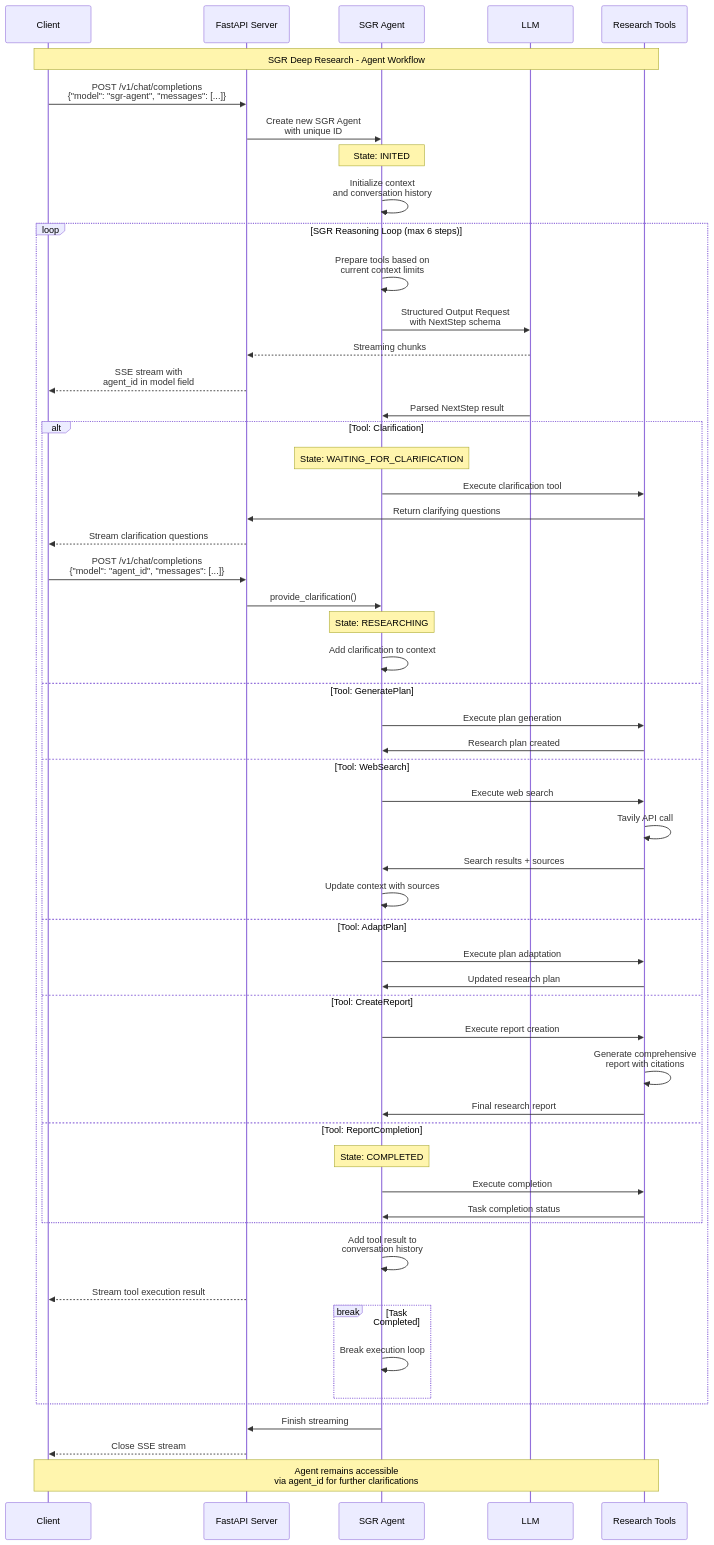
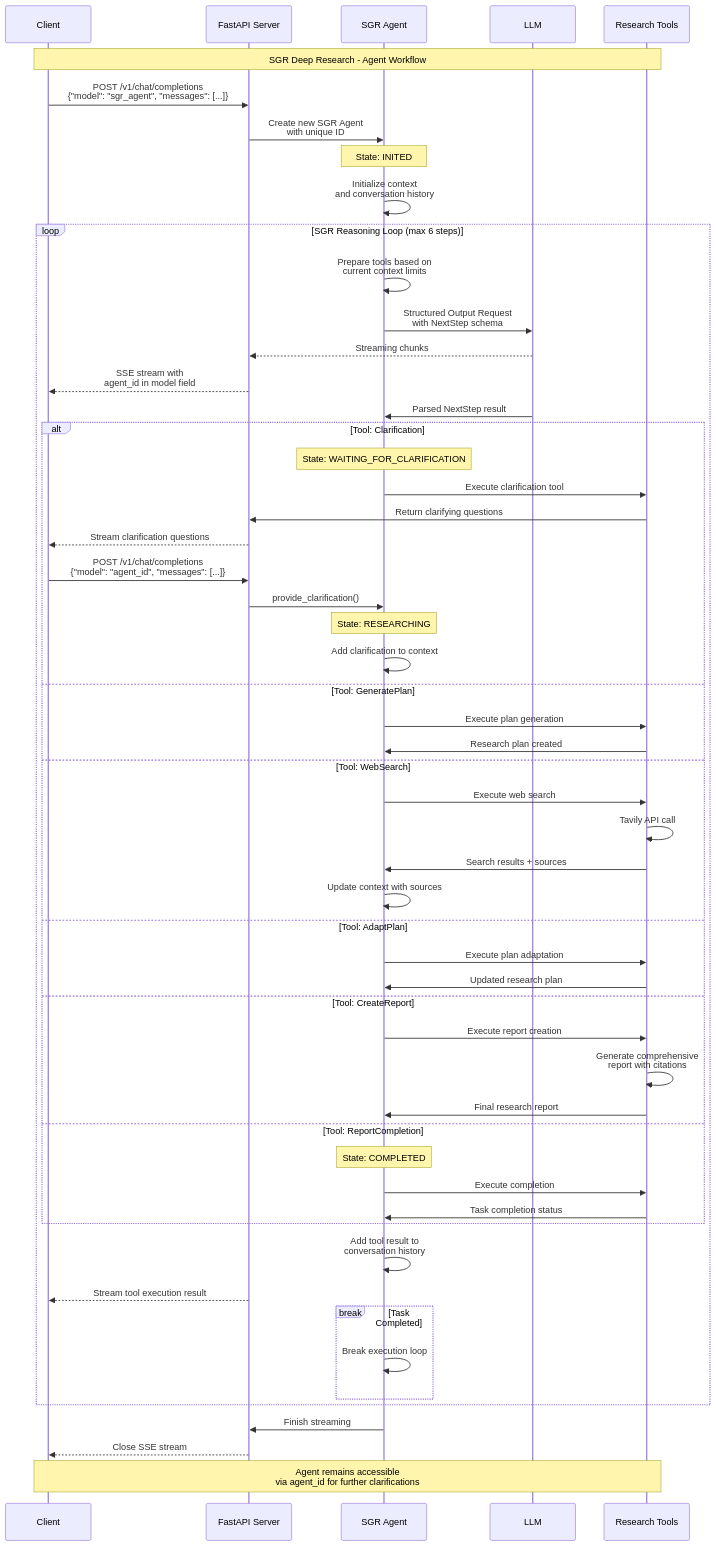
The diagram in docs/vakovalskii-sgr-deep-research.md (saurav-z/repo-docs), drawn with Mermaid before and after one commit. The commit also changed other lines of this file and 211 other files, not shown here.

````diff
--- a/docs/vakovalskii-sgr-deep-research.md
+++ b/docs/vakovalskii-sgr-deep-research.md
@@ -302,75 +302,75 @@
 ```mermaid
 sequenceDiagram
     participant Client
     participant API as FastAPI Server
     participant Agent as SGR Agent
     participant LLM as LLM
     participant Tools as Research Tools
 
     Note over Client, Tools: SGR Deep Research - Agent Workflow
 
-    Client->>API: POST /v1/chat/completions<br/>{"model": "sgr-agent", "messages": [...]}
+    Client->>API: POST /v1/chat/completions<br/>{"model": "sgr_agent", "messages": [...]}
 
     API->>Agent: Create new SGR Agent<br/>with unique ID
     Note over Agent: State: INITED
 
     Agent->>Agent: Initialize context<br/>and conversation history
 
     loop SGR Reasoning Loop (max 6 steps)
         Agent->>Agent: Prepare tools based on<br/>current context limits
         Agent->>LLM: Structured Output Request<br/>with NextStep schema
 
         LLM-->>API: Streaming chunks
         API-->>Client: SSE stream with<br/>agent_id in model field
 
         LLM->>Agent: Parsed NextStep result
 
         alt Tool: Clarification
             Note over Agent: State: WAITING_FOR_CLARIFICATION
             Agent->>Tools: Execute clarification tool
             Tools->>API: Return clarifying questions
             API-->>Client: Stream clarification questions
 
             Client->>API: POST /v1/chat/completions<br/>{"model": "agent_id", "messages": [...]}
             API->>Agent: provide_clarification()
             Note over Agent: State: RESEARCHING
             Agent->>Agent: Add clarification to context
 
         else Tool: GeneratePlan
             Agent->>Tools: Execute plan generation
             Tools->>Agent: Research plan created
 
         else Tool: WebSearch
             Agent->>Tools: Execute web search
             Tools->>Tools: Tavily API call
             Tools->>Agent: Search results + sources
             Agent->>Agent: Update context with sources
 
         else Tool: AdaptPlan
             Agent->>Tools: Execute plan adaptation
             Tools->>Agent: Updated research plan
 
         else Tool: CreateReport
             Agent->>Tools: Execute report creation
             Tools->>Tools: Generate comprehensive<br/>report with citations
             Tools->>Agent: Final research report
 
         else Tool: ReportCompletion
             Note over Agent: State: COMPLETED
             Agent->>Tools: Execute completion
             Tools->>Agent: Task completion status
         end
 
         Agent->>Agent: Add tool result to<br/>conversation history
         API-->>Client: Stream tool execution result
 
         break Task Completed
             Agent->>Agent: Break execution loop
         end
     end
 
     Agent->>API: Finish streaming
     API-->>Client: Close SSE stream
 
     Note over Client, Tools: Agent remains accessible<br/>via agent_id for further clarifications
 ```
````
